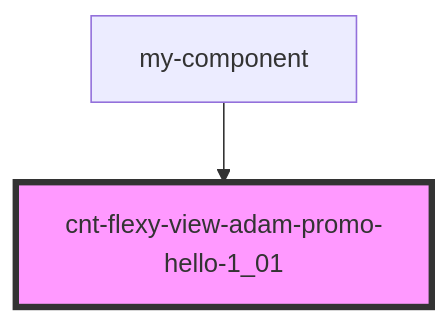
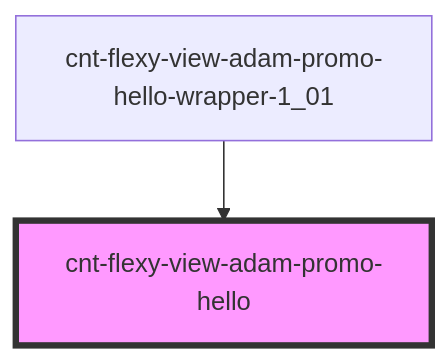
The diagram in src/components/cnt-flexy-view-adam-promo-hello-wrapper/res/view/cnt-flexy-view-adam-promo-hello/readme.md (almalib/s-promo), drawn with Mermaid before and after one commit. The commit also changed other lines of this file and 134 other files, not shown here.

````diff
--- a/src/components/cnt-flexy-view-adam-promo-hello-wrapper/res/view/cnt-flexy-view-adam-promo-hello/readme.md
+++ b/src/components/cnt-flexy-view-adam-promo-hello-wrapper/res/view/cnt-flexy-view-adam-promo-hello/readme.md
@@ -22,5 +22,5 @@
 ```mermaid
 graph TD;
-  my-component --> cnt-flexy-view-adam-promo-hello-1_01
-  style cnt-flexy-view-adam-promo-hello-1_01 fill:#f9f,stroke:#333,stroke-width:4px
+  cnt-flexy-view-adam-promo-hello-wrapper-1_01 --> cnt-flexy-view-adam-promo-hello
+  style cnt-flexy-view-adam-promo-hello fill:#f9f,stroke:#333,stroke-width:4px
 ```
````
